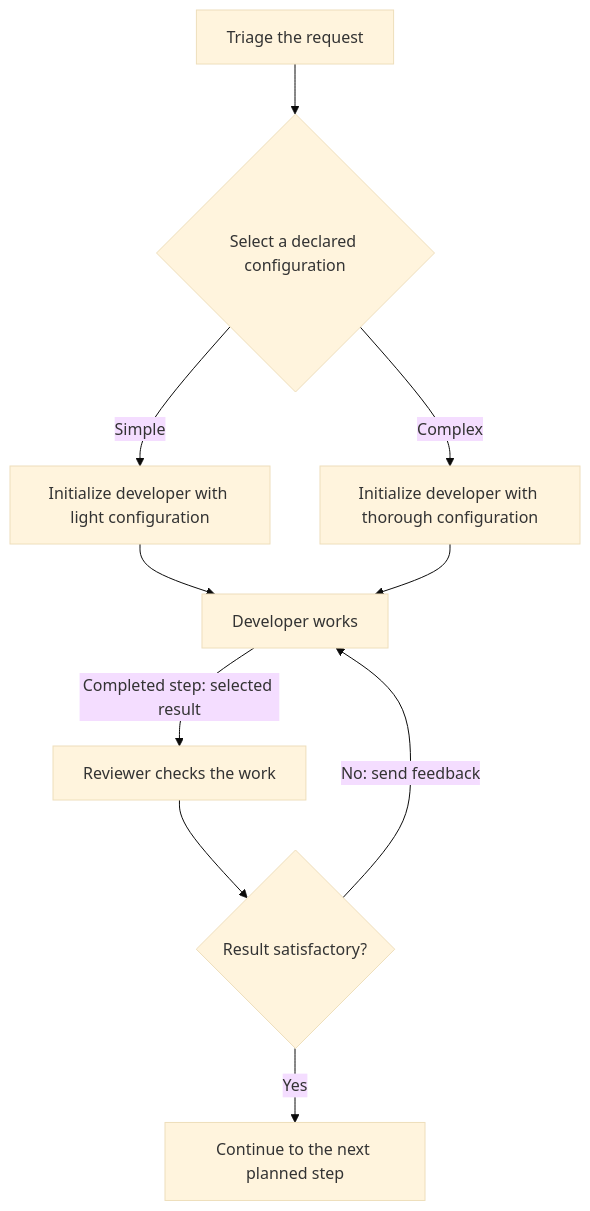
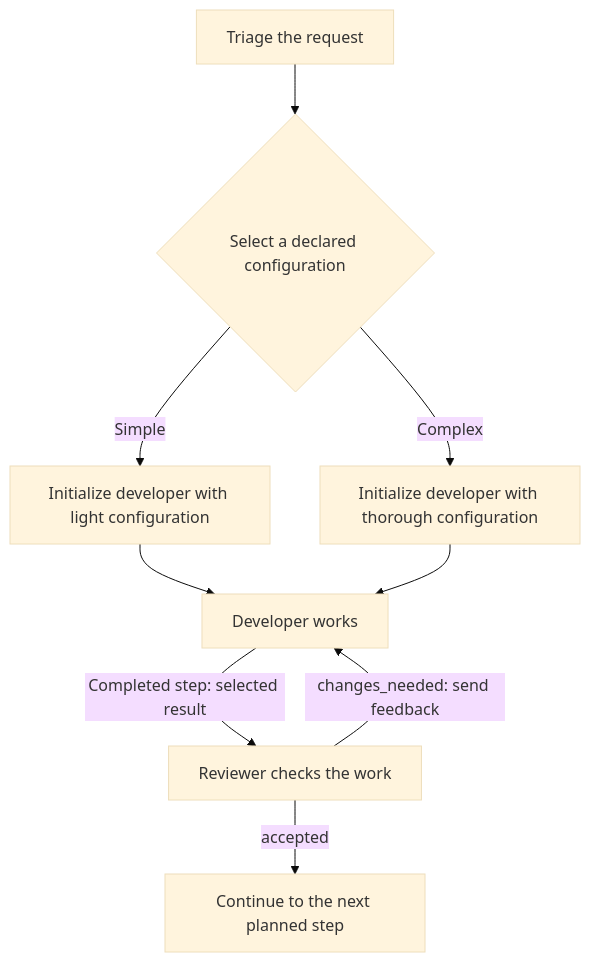
The diagram in proposals/0020-blueprint-flow-0.2.md (Andrologic/AgSDL), drawn with Mermaid (base theme) before and after one commit. The commit also changed other lines of this file and 4 other files, not shown here.

````diff
--- a/proposals/0020-blueprint-flow-0.2.md
+++ b/proposals/0020-blueprint-flow-0.2.md
@@ -120,12 +186,11 @@
 ```mermaid
 flowchart TD
     T["Triage the request"] --> C{"Select a declared configuration"}
     C -->|Simple| L["Initialize developer with light configuration"]
     C -->|Complex| H["Initialize developer with thorough configuration"]
     L --> D["Developer works"]
     H --> D
     D -->|Completed step: selected result| R["Reviewer checks the work"]
-    R --> V{"Result satisfactory?"}
-    V -->|No: send feedback| D
-    V -->|Yes| E["Continue to the next planned step"]
+    R -->|changes_needed: send feedback| D
+    R -->|accepted| E["Continue to the next planned step"]
 ```
````
